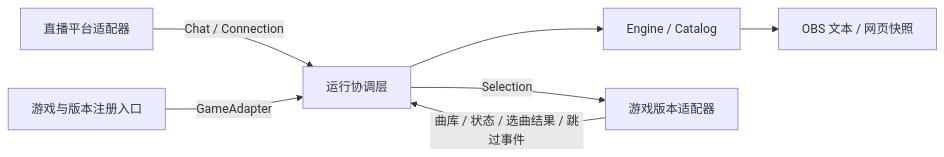
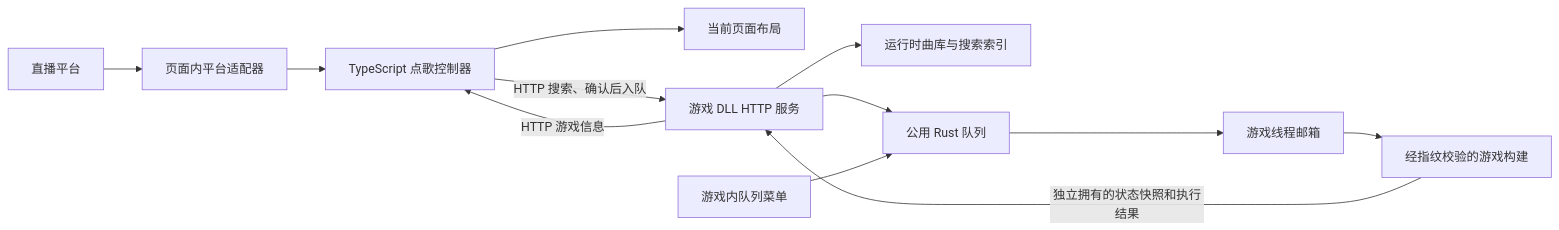
Before and after one commit to Avimitin/bilimani: the diagram in docs/architecture.md, drawn with Mermaid. The commit also changed other lines of this file and 161 other files, not shown here.

````diff
--- a/docs/architecture.md
+++ b/docs/architecture.md
@@ -7,9 +9,14 @@
 ```mermaid
 flowchart LR
-    Source[直播平台适配器] -->|Chat / Connection| Runtime[运行协调层]
-    Runtime --> Core[Engine / Catalog]
-    Registry[游戏与版本注册入口] -->|GameAdapter| Runtime
-    Runtime -->|Selection| Game[游戏版本适配器]
-    Game -->|曲库 / 状态 / 选曲结果 / 跳过事件| Runtime
-    Core --> Output[OBS 文本 / 网页快照]
+    Platform[直播平台] --> Adapter[页面内平台适配器]
+    Adapter --> Controller[TypeScript 点歌控制器]
+    Controller --> View[当前页面布局]
+    Controller -->|HTTP 搜索、确认后入队| API[游戏 DLL HTTP 服务]
+    API --> Catalog[运行时曲库与搜索索引]
+    API --> Queue[公用 Rust 队列]
+    Menu[游戏内队列菜单] --> Queue
+    Queue --> Mailbox[游戏线程邮箱]
+    Mailbox --> Game[经指纹校验的游戏构建]
+    Game -->|独立拥有的状态快照和执行结果| API
+    API -->|HTTP 游戏信息| Controller
 ```
````
